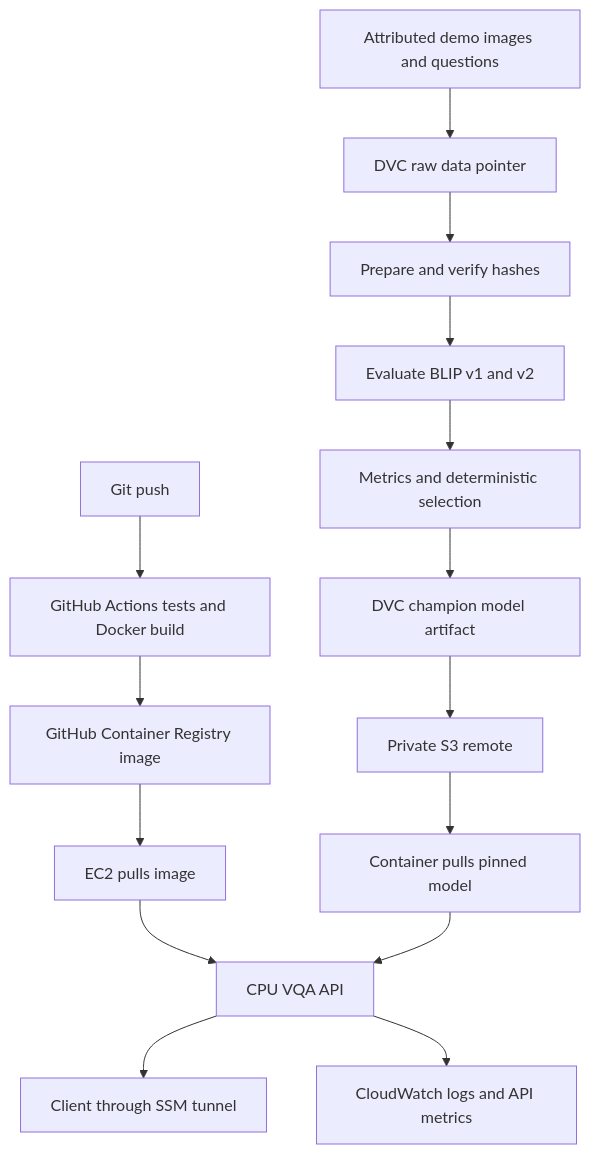
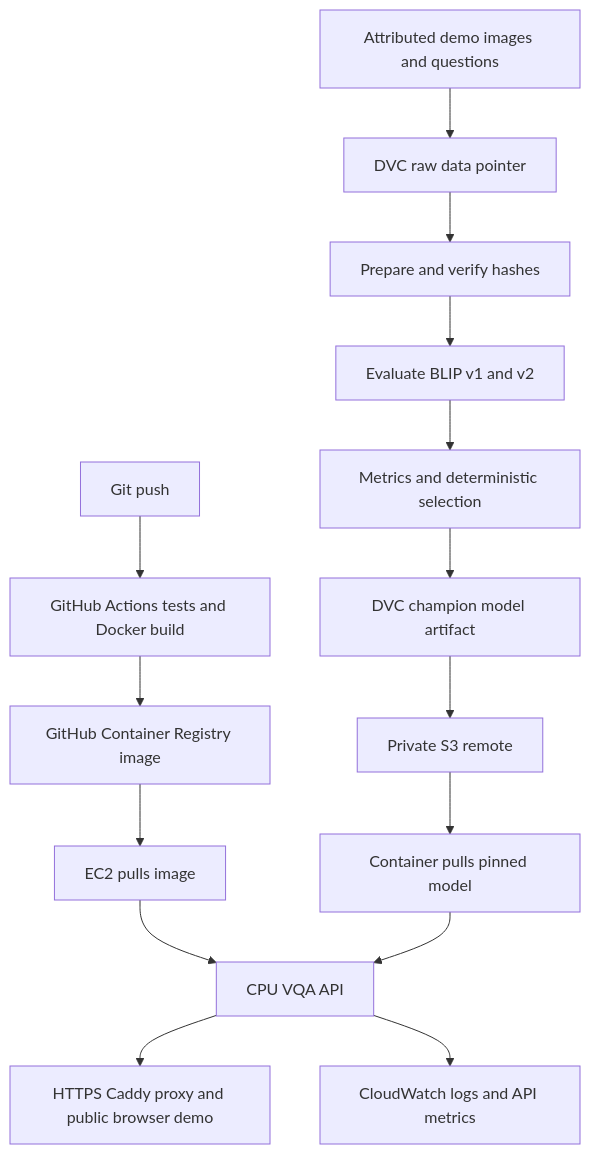
Before and after one commit to Vkmstry1611/mai-project: the diagram in mlops/README.md, drawn with Mermaid. The commit also changed other lines of this file and 3 other files, not shown here.

Commit message:
Document public HTTPS MLOps demo and rubric evidence

````diff
--- a/mlops/README.md
+++ b/mlops/README.md
@@ -11,17 +11,17 @@
 ```mermaid
 flowchart TD
   A[Attributed demo images and questions] --> B[DVC raw data pointer]
   B --> C[Prepare and verify hashes]
   C --> D[Evaluate BLIP v1 and v2]
   D --> E[Metrics and deterministic selection]
   E --> F[DVC champion model artifact]
   F --> G[Private S3 remote]
   H[Git push] --> I[GitHub Actions tests and Docker build]
   I --> J[GitHub Container Registry image]
   J --> K[EC2 pulls image]
   G --> L[Container pulls pinned model]
   K --> M[CPU VQA API]
   L --> M
-  M --> N[Client through SSM tunnel]
+  M --> N[HTTPS Caddy proxy and public browser demo]
   M --> O[CloudWatch logs and API metrics]
 ```
````
